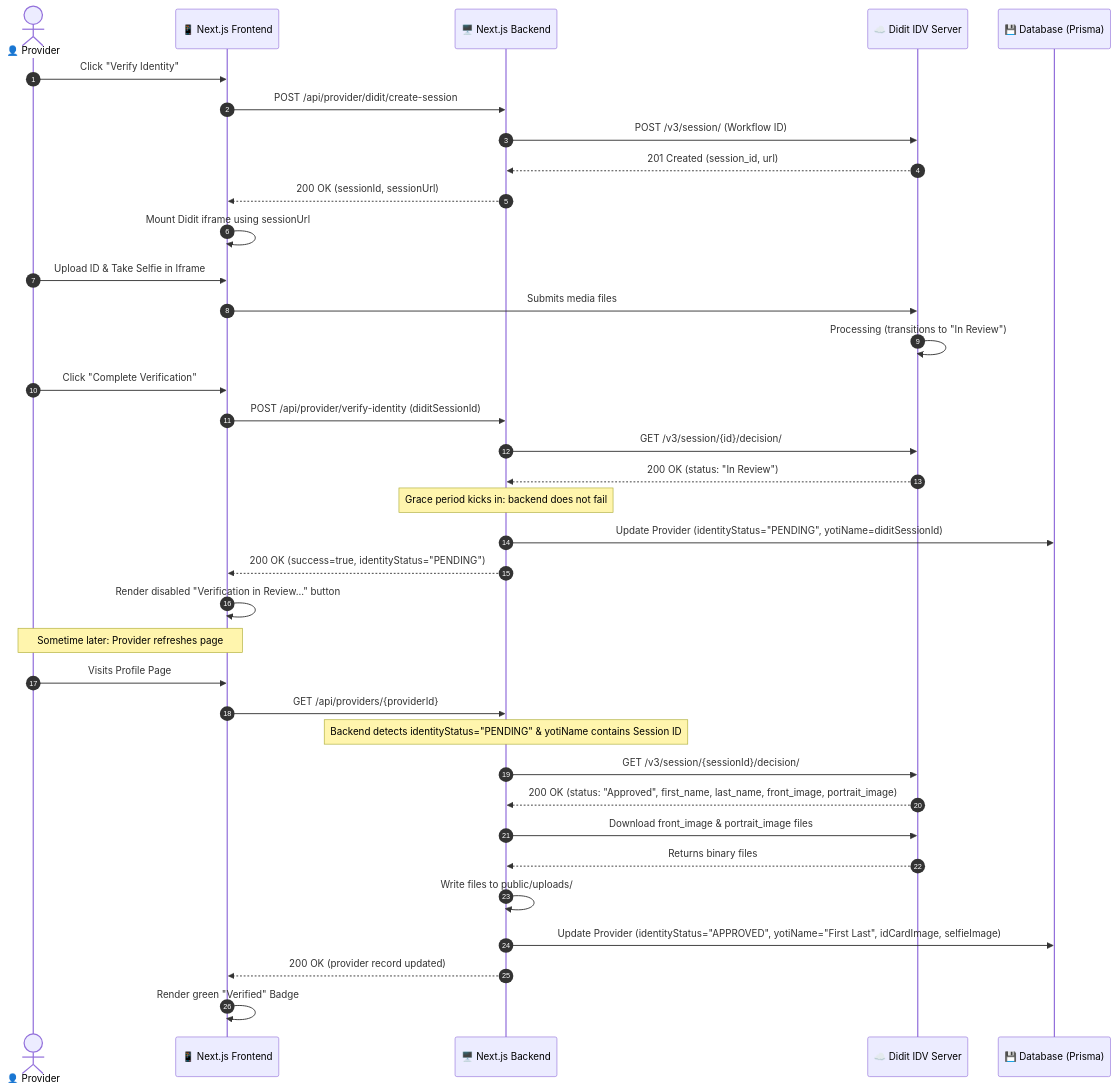
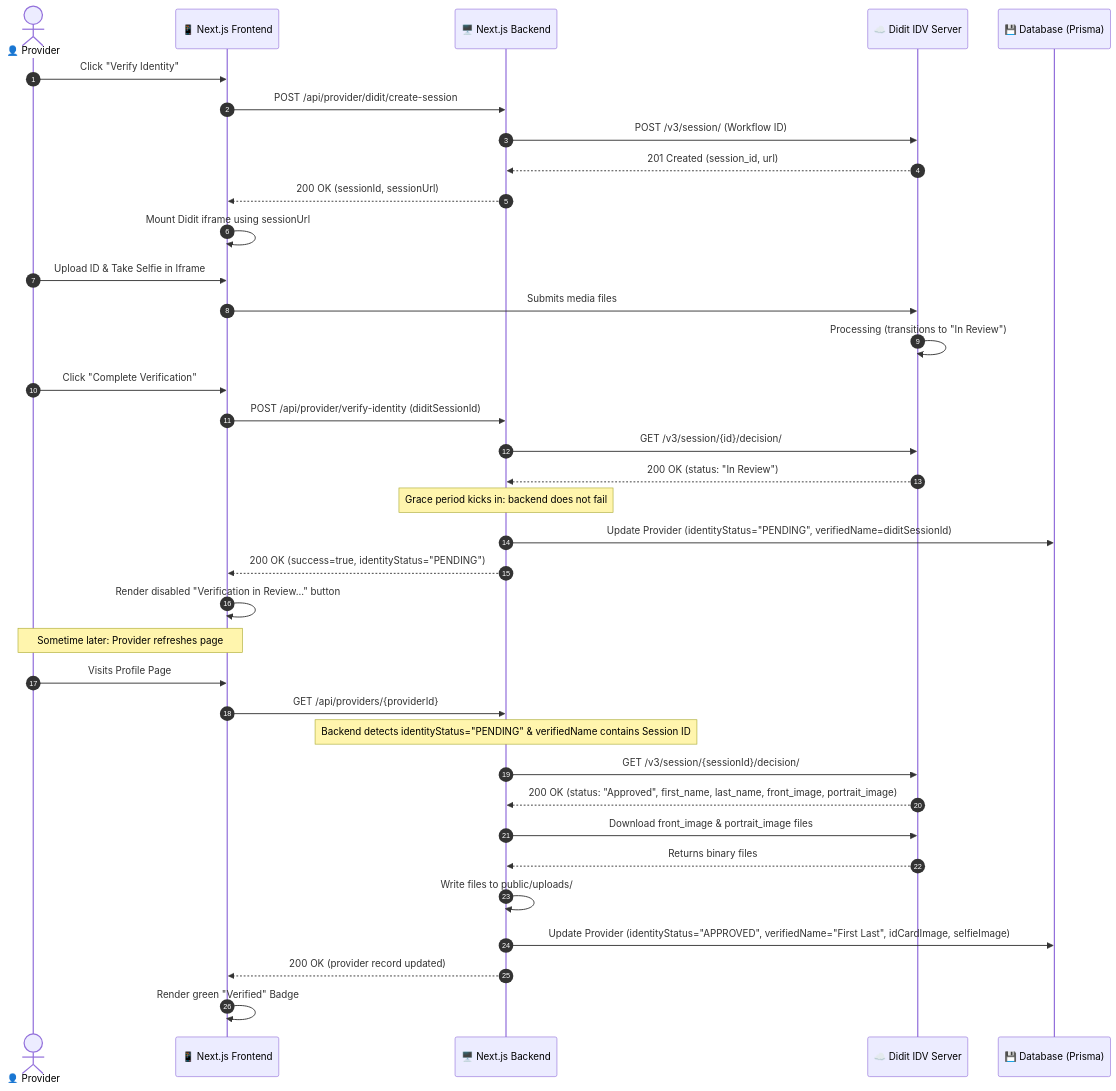
The third of 5 diagrams in uml_diagrams.md (younnesse/qantara_local), drawn with Mermaid before and after one commit. The commit also changed other lines of this file and 7 other files, not shown here.

Commit message:
refactor: rename legacy yotiName DB column to verifiedName

````diff
--- a/uml_diagrams.md
+++ b/uml_diagrams.md
@@ -211,49 +211,49 @@
 ```mermaid
 sequenceDiagram
     autonumber
     actor Provider as 👤 Provider
     participant FE as 📱 Next.js Frontend
     participant BE as 🖥️ Next.js Backend
     participant Didit as ☁️ Didit IDV Server
     participant DB as 💾 Database (Prisma)
 
     %% Session Creation
     Provider->>FE: Click "Verify Identity"
     FE->>BE: POST /api/provider/didit/create-session
     BE->>Didit: POST /v3/session/ (Workflow ID)
     Didit-->>BE: 201 Created (session_id, url)
     BE-->>FE: 200 OK (sessionId, sessionUrl)
     FE->>FE: Mount Didit iframe using sessionUrl
 
     %% Provider interaction
     Provider->>FE: Upload ID & Take Selfie in Iframe
     FE->>Didit: Submits media files
     Didit->>Didit: Processing (transitions to "In Review")
 
     %% Submission
     Provider->>FE: Click "Complete Verification"
     FE->>BE: POST /api/provider/verify-identity (diditSessionId)
     BE->>Didit: GET /v3/session/{id}/decision/
     Didit-->>BE: 200 OK (status: "In Review")
     
     note over BE: Grace period kicks in: backend does not fail
-    BE->>DB: Update Provider (identityStatus="PENDING", yotiName=diditSessionId)
+    BE->>DB: Update Provider (identityStatus="PENDING", verifiedName=diditSessionId)
     BE-->>FE: 200 OK (success=true, identityStatus="PENDING")
     FE->>FE: Render disabled "Verification in Review..." button
 
     %% Background Lazy Poll
     note over Provider, FE: Sometime later: Provider refreshes page
     Provider->>FE: Visits Profile Page
     FE->>BE: GET /api/providers/{providerId}
     
-    note over BE: Backend detects identityStatus="PENDING" & yotiName contains Session ID
+    note over BE: Backend detects identityStatus="PENDING" & verifiedName contains Session ID
     BE->>Didit: GET /v3/session/{sessionId}/decision/
     Didit-->>BE: 200 OK (status: "Approved", first_name, last_name, front_image, portrait_image)
     
     BE->>Didit: Download front_image & portrait_image files
     Didit-->>BE: Returns binary files
     BE->>BE: Write files to public/uploads/
-    BE->>DB: Update Provider (identityStatus="APPROVED", yotiName="First Last", idCardImage, selfieImage)
+    BE->>DB: Update Provider (identityStatus="APPROVED", verifiedName="First Last", idCardImage, selfieImage)
     BE-->>FE: 200 OK (provider record updated)
     FE->>FE: Render green "Verified" Badge
 ```
````
